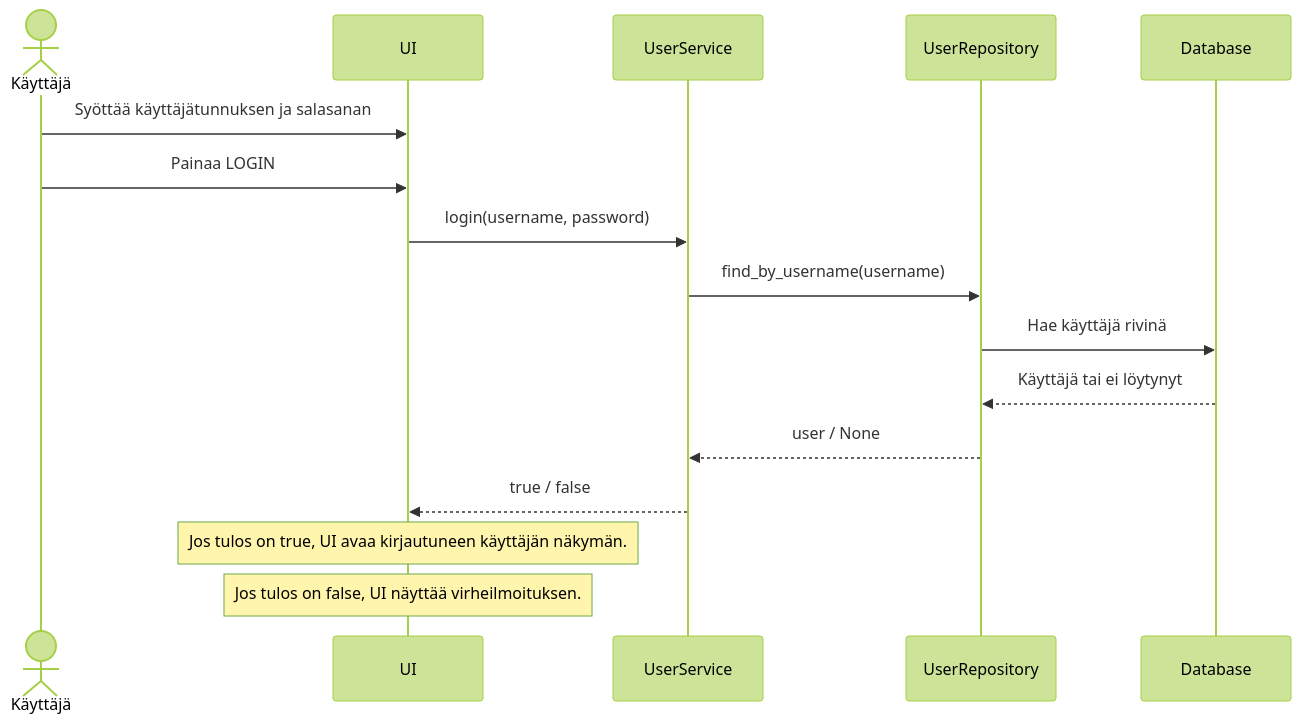
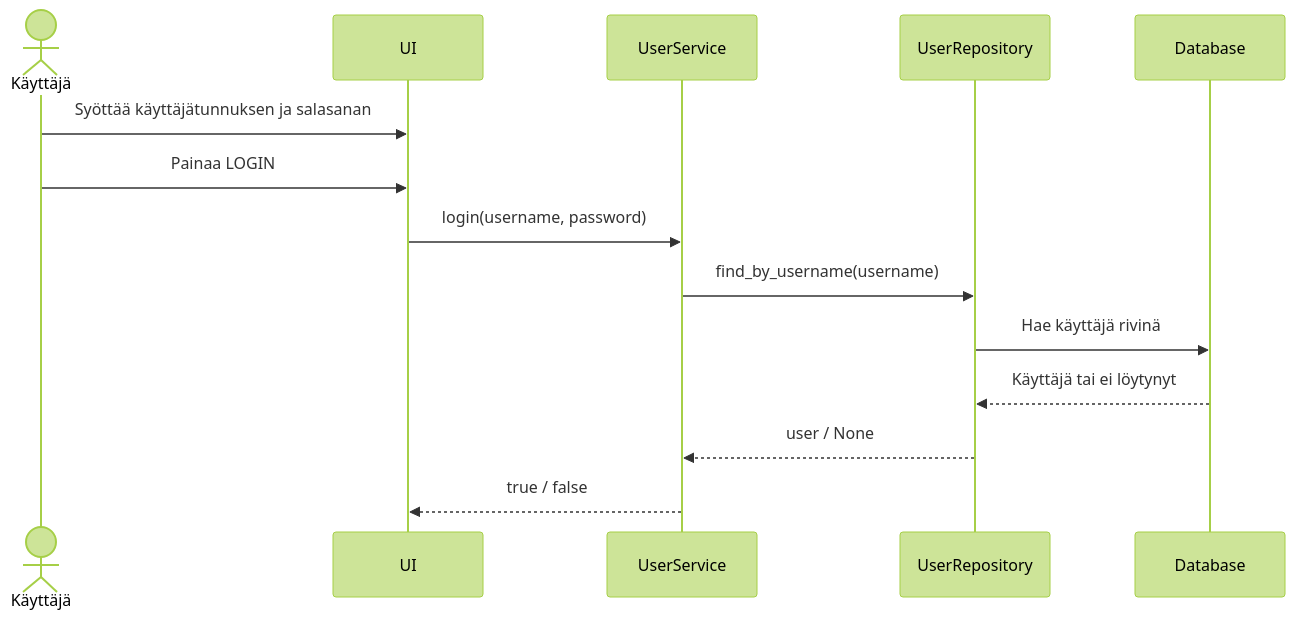
One commit to BjornKhermik10/ot-harjoitustyo changed the third of 3 diagrams in dokumentaatio/misc/arkkitehtuuri.md. Above: the diagram before and after it, drawn with Mermaid (forest theme).

Commit message:
sekvenssi kaavio päivitys

````diff
--- a/dokumentaatio/misc/arkkitehtuuri.md
+++ b/dokumentaatio/misc/arkkitehtuuri.md
@@ -55,19 +55,17 @@
 ```mermaid
 sequenceDiagram
     actor Käyttäjä
     participant UI
     participant UserService
     participant UserRepository
     participant Database
 
     Käyttäjä->>UI: Syöttää käyttäjätunnuksen ja salasanan
     Käyttäjä->>UI: Painaa LOGIN
     UI->>UserService: login(username, password)
     UserService->>UserRepository: find_by_username(username)
     UserRepository->>Database: Hae käyttäjä rivinä
     Database-->>UserRepository: Käyttäjä tai ei löytynyt
     UserRepository-->>UserService: user / None
     UserService-->>UI: true / false
-    Note over UI: Jos tulos on true, UI avaa kirjautuneen käyttäjän näkymän.
-    Note over UI: Jos tulos on false, UI näyttää virheilmoituksen.
 ```
````
